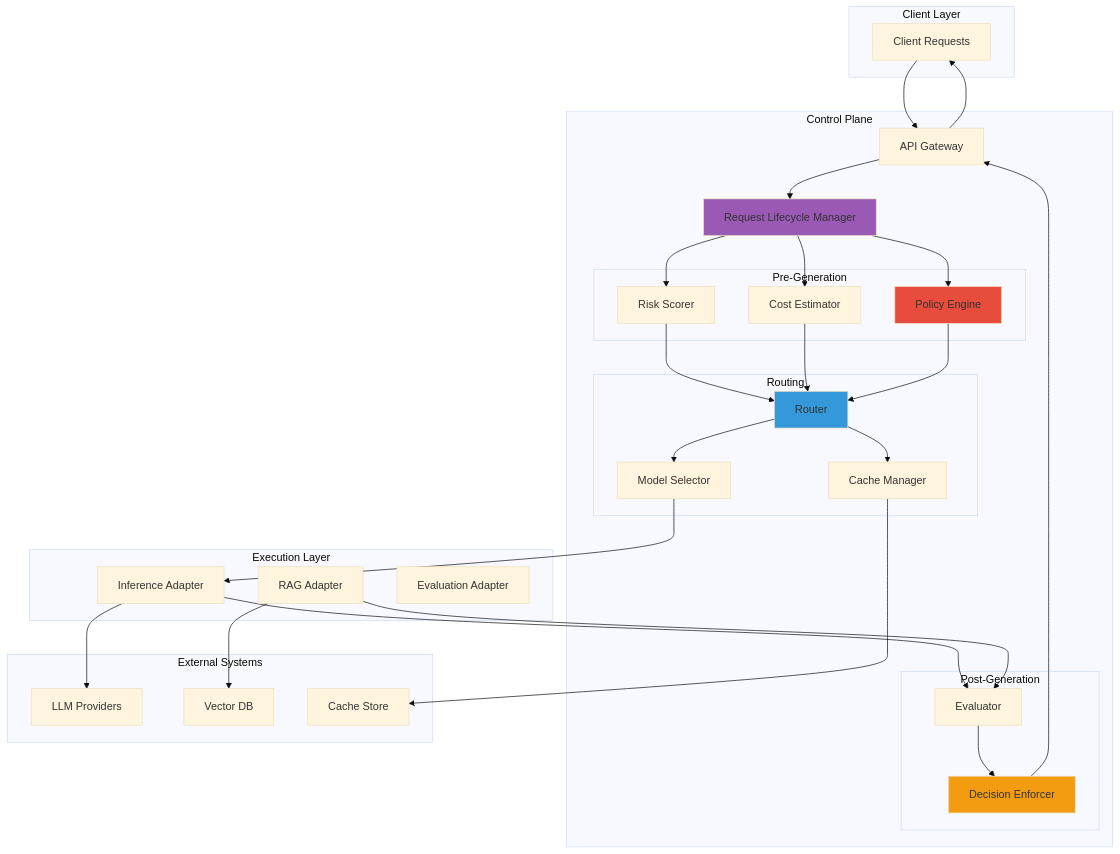
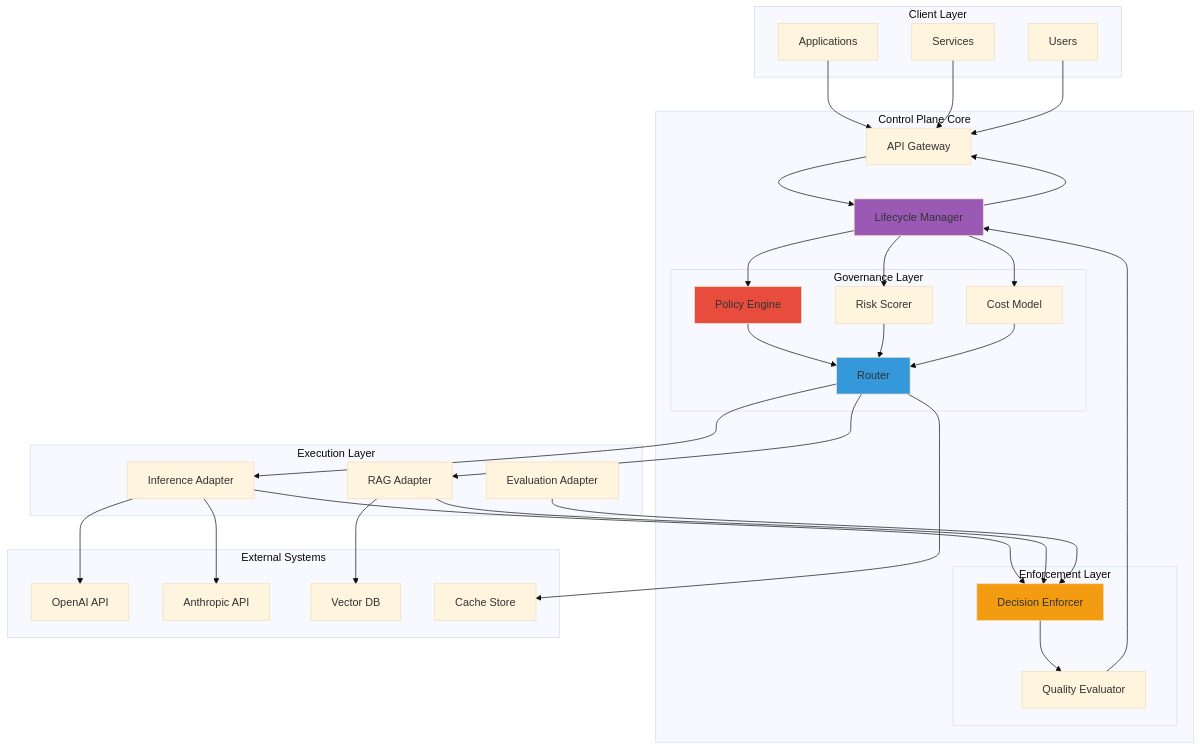
One commit to Amankhan2370/ai-runtime-governance changed the first of 4 diagrams in README.md. Above: the diagram before and after it, drawn with Mermaid (base theme). The commit also changed other lines of this file, not shown here.

Commit message:
Enhance README with futuristic design, advanced diagrams, and comprehensive documentation

````diff
--- a/README.md
+++ b/README.md
@@ -61,70 +80,72 @@
 ```mermaid
 graph TB
     subgraph "Client Layer"
-        A[Client Requests]
+        A[Applications]
+        B[Services]
+        C[Users]
     end
     
-    subgraph "Control Plane"
-        B[API Gateway]
-        C[Request Lifecycle Manager]
+    subgraph "Control Plane Core"
+        D[API Gateway]
+        E[Lifecycle Manager]
         
-        subgraph "Pre-Generation"
-            D[Risk Scorer]
-            E[Cost Estimator]
+        subgraph "Governance Layer"
             F[Policy Engine]
+            G[Risk Scorer]
+            H[Cost Model]
+            I[Router]
         end
         
-        subgraph "Routing"
-            G[Router]
-            H[Model Selector]
-            I[Cache Manager]
-        end
-        
-        subgraph "Post-Generation"
-            J[Evaluator]
-            K[Decision Enforcer]
+        subgraph "Enforcement Layer"
+            J[Decision Enforcer]
+            K[Quality Evaluator]
         end
     end
     
     subgraph "Execution Layer"
         L[Inference Adapter]
         M[RAG Adapter]
         N[Evaluation Adapter]
     end
     
     subgraph "External Systems"
-        O[LLM Providers]
-        P[Vector DB]
-        Q[Cache Store]
+        O[OpenAI API]
+        P[Anthropic API]
+        Q[Vector DB]
+        R[Cache Store]
     end
     
-    A --> B
-    B --> C
+    A --> D
+    B --> D
     C --> D
-    C --> E
-    C --> F
     
-    D --> G
+    D --> E
+    E --> F
     E --> G
-    F --> G
+    E --> H
     
-    G --> H
+    F --> I
     G --> I
-    H --> L
-    I --> Q
+    H --> I
+    
+    I --> L
+    I --> M
     
     L --> O
-    M --> P
+    L --> P
+    M --> Q
+    I --> R
     
     L --> J
     M --> J
+    N --> J
     
     J --> K
-    K --> B
-    B --> A
+    K --> E
+    E --> D
     
-    style C fill:#9B59B6
+    style E fill:#9B59B6
     style F fill:#E74C3C
-    style G fill:#3498DB
-    style K fill:#F39C12
+    style I fill:#3498DB
+    style J fill:#F39C12
 ```
````
